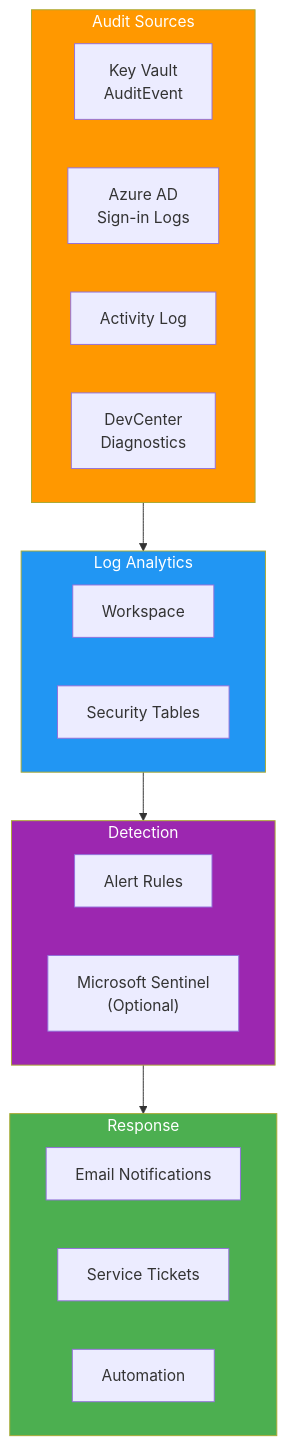
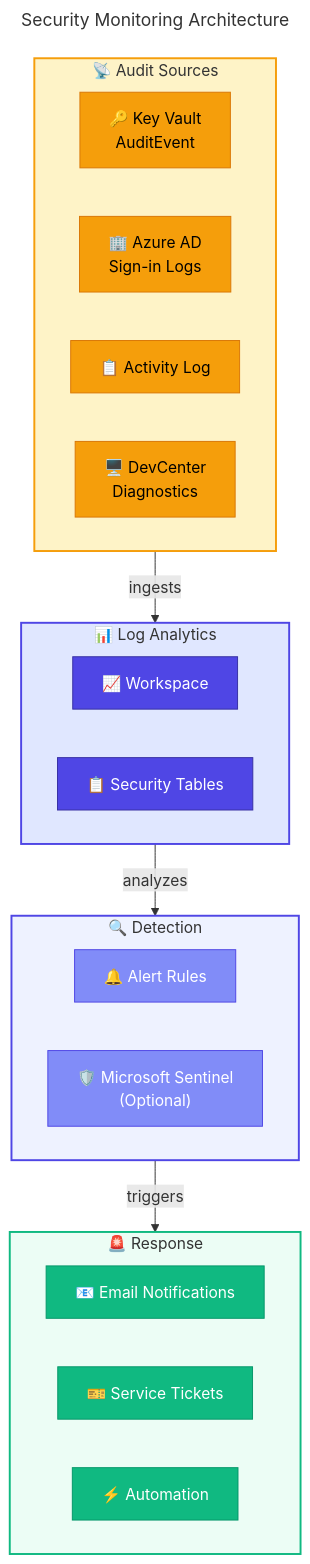
One commit to Evilazaro/DevExp-DevBox changed the tenth of 10 diagrams in docs/architecture/05-security-architecture.md. Above: the diagram before and after it, drawn with Mermaid. The commit also changed other lines of this file, not shown here.

Commit message:
Enhance security architecture documentation by adding emojis, improving diagram styles, and refining connections for better clarity and navigation.

````diff
--- a/docs/architecture/05-security-architecture.md
+++ b/docs/architecture/05-security-architecture.md
@@ -734,34 +769,53 @@
 ```mermaid
+---
+title: Security Monitoring Architecture
+---
 flowchart TB
-    subgraph Sources["Audit Sources"]
-        KV_AUDIT["Key Vault\nAuditEvent"]
-        AAD_AUDIT["Azure AD\nSign-in Logs"]
-        ACT_LOG["Activity Log"]
-        DC_LOG["DevCenter\nDiagnostics"]
+    %% ===== AUDIT SOURCES =====
+    subgraph Sources["📡 Audit Sources"]
+        KV_AUDIT["🔑 Key Vault<br/>AuditEvent"]
+        AAD_AUDIT["🏢 Azure AD<br/>Sign-in Logs"]
+        ACT_LOG["📋 Activity Log"]
+        DC_LOG["🖥️ DevCenter<br/>Diagnostics"]
     end
     
-    subgraph Collection["Log Analytics"]
-        LA["Workspace"]
-        TABLES["Security Tables"]
+    %% ===== LOG ANALYTICS =====
+    subgraph Collection["📊 Log Analytics"]
+        LA["📈 Workspace"]
+        TABLES["📋 Security Tables"]
     end
     
-    subgraph Detection["Detection"]
-        RULES["Alert Rules"]
-        SENT["Microsoft Sentinel\n(Optional)"]
+    %% ===== DETECTION =====
+    subgraph Detection["🔍 Detection"]
+        RULES["🔔 Alert Rules"]
+        SENT["🛡️ Microsoft Sentinel<br/>(Optional)"]
     end
     
-    subgraph Response["Response"]
-        EMAIL["Email Notifications"]
-        TICKET["Service Tickets"]
-        AUTO["Automation"]
+    %% ===== RESPONSE =====
+    subgraph Response["🚨 Response"]
+        EMAIL["📧 Email Notifications"]
+        TICKET["🎫 Service Tickets"]
+        AUTO["⚡ Automation"]
     end
     
-    Sources --> Collection
-    Collection --> Detection
-    Detection --> Response
+    %% ===== CONNECTIONS =====
+    Sources -->|ingests| Collection
+    Collection -->|analyzes| Detection
+    Detection -->|triggers| Response
     
-    style Sources fill:#FF9800,color:#fff
-    style Collection fill:#2196F3,color:#fff
-    style Detection fill:#9C27B0,color:#fff
-    style Response fill:#4CAF50,color:#fff
+    %% ===== STYLES =====
+    classDef datastore fill:#F59E0B,stroke:#D97706,color:#000000
+    classDef primary fill:#4F46E5,stroke:#3730A3,color:#FFFFFF
+    classDef trigger fill:#818CF8,stroke:#4F46E5,color:#FFFFFF
+    classDef secondary fill:#10B981,stroke:#059669,color:#FFFFFF
+    
+    class KV_AUDIT,AAD_AUDIT,ACT_LOG,DC_LOG datastore
+    class LA,TABLES primary
+    class RULES,SENT trigger
+    class EMAIL,TICKET,AUTO secondary
+    
+    style Sources fill:#FEF3C7,stroke:#F59E0B,stroke-width:2px
+    style Collection fill:#E0E7FF,stroke:#4F46E5,stroke-width:2px
+    style Detection fill:#EEF2FF,stroke:#4F46E5,stroke-width:2px
+    style Response fill:#ECFDF5,stroke:#10B981,stroke-width:2px
 ```
````
